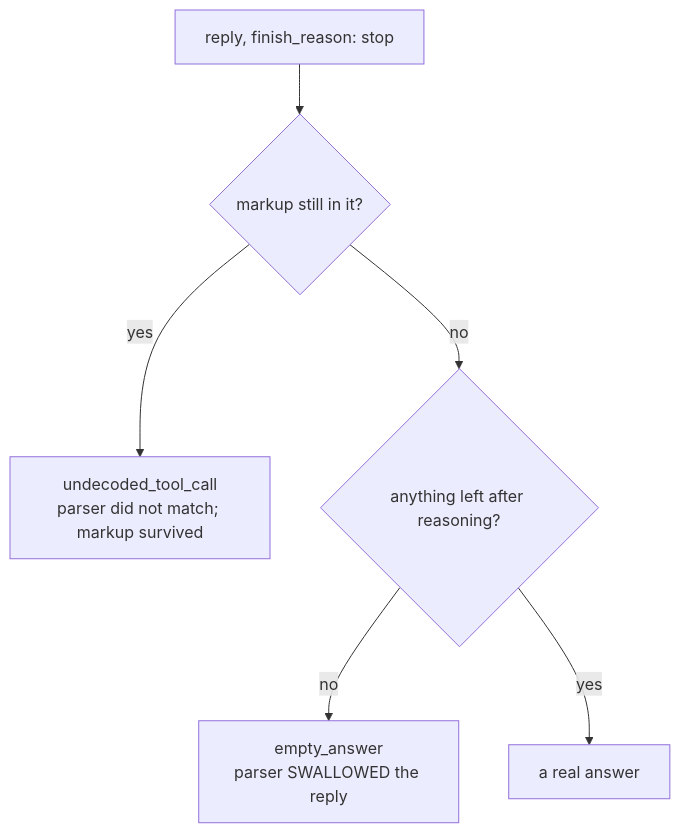
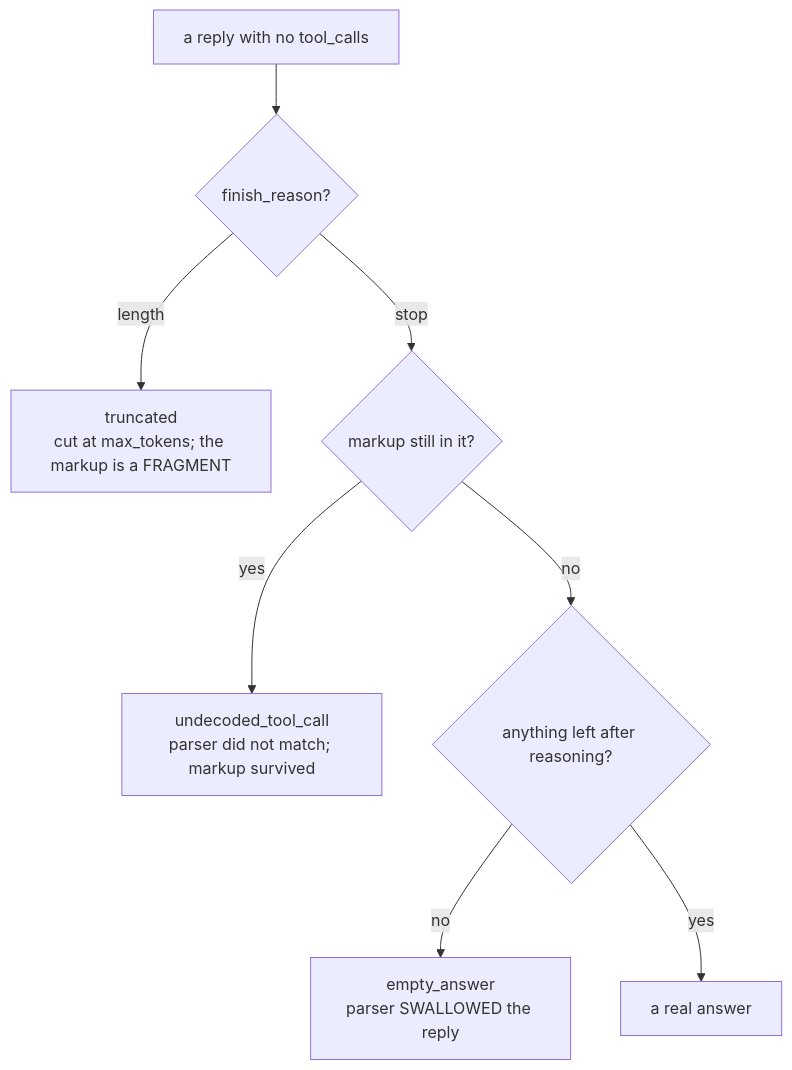
Before and after one commit to Lagmator22/ovat: the tenth of 11 diagrams in docs/ARCHITECTURE.md, drawn with Mermaid. The commit also changed other lines of this file and 4 other files, not shown here.

````diff
--- a/docs/ARCHITECTURE.md
+++ b/docs/ARCHITECTURE.md
@@ -652,8 +700,10 @@
 ```mermaid
 flowchart TD
-    Reply["reply, finish_reason: stop"] --> Q1{"markup still in it?"}
+    Reply["a reply with no tool_calls"] --> Q0{"finish_reason?"}
+    Q0 -->|"length"| T["truncated<br/>cut at max_tokens; the markup is a FRAGMENT"]
+    Q0 -->|"stop"| Q1{"markup still in it?"}
     Q1 -->|"yes"| A["undecoded_tool_call<br/>parser did not match; markup survived"]
     Q1 -->|"no"| Q2{"anything left after reasoning?"}
     Q2 -->|"no"| B["empty_answer<br/>parser SWALLOWED the reply"]
     Q2 -->|"yes"| C["a real answer"]
 ```
````
